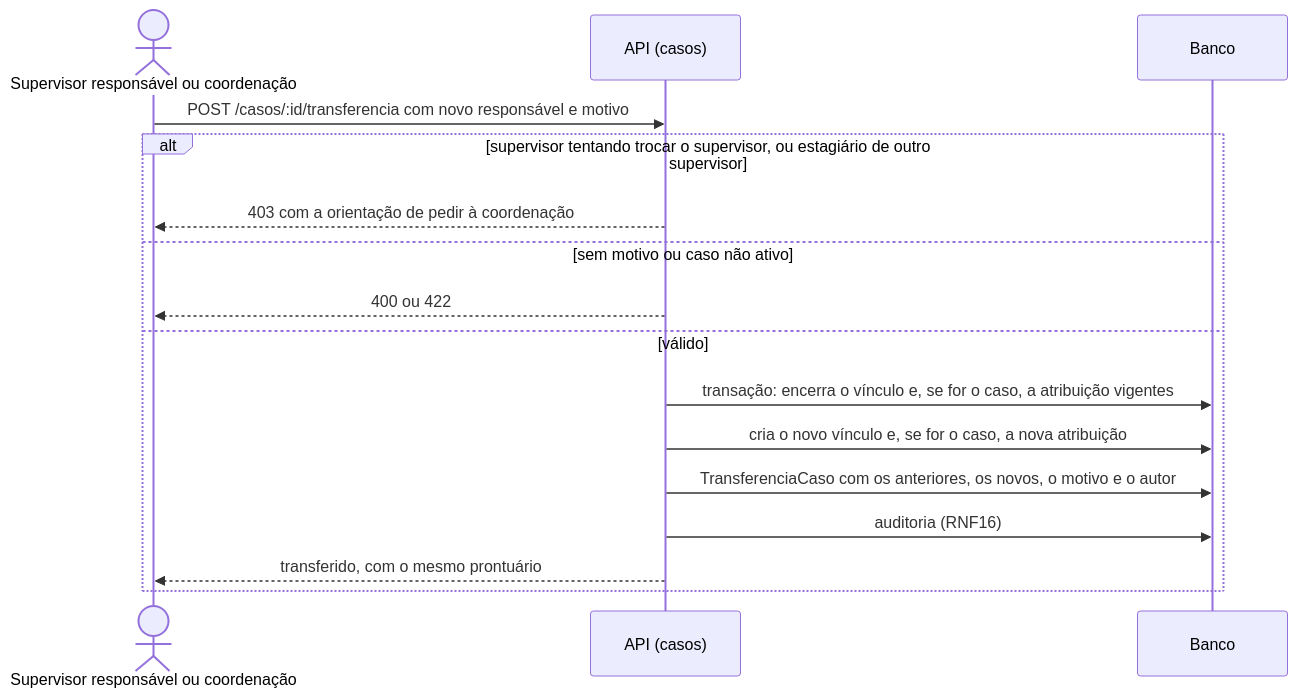
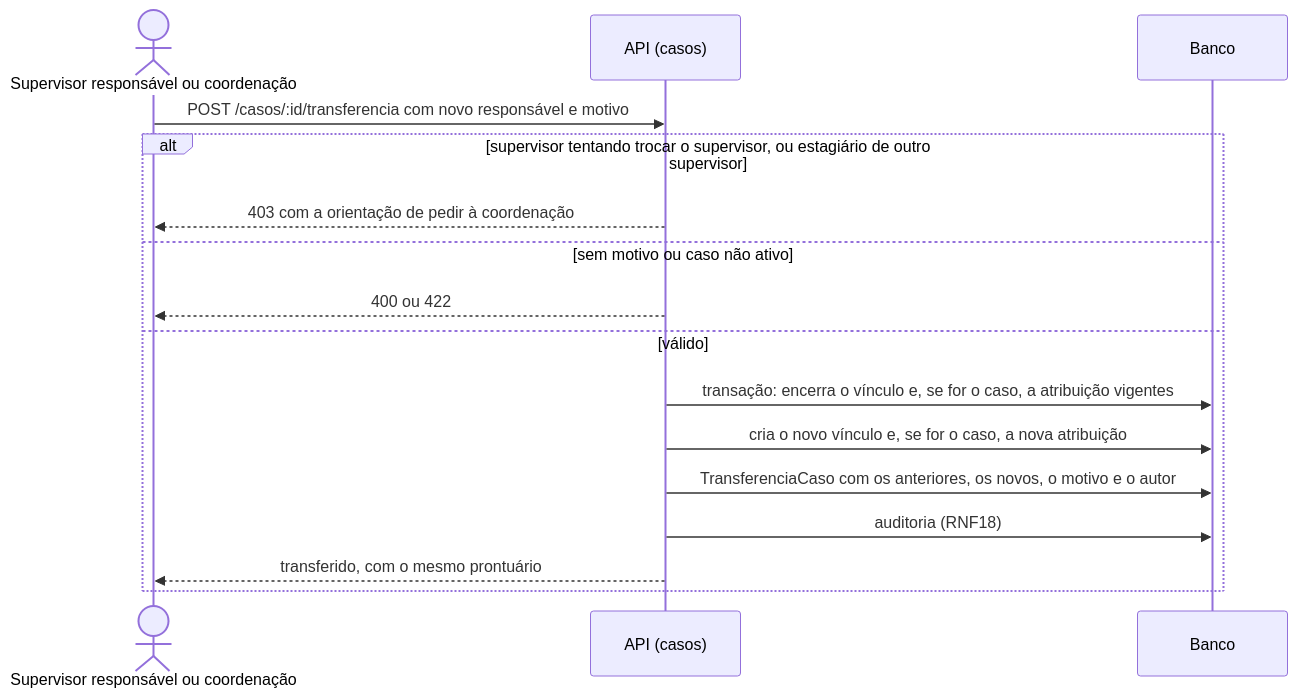
One commit to mdsreq-fga-unb/REQ-2026.2-T02-ClinicaEscolaFBr changed diagram 22 of 37 in documentacao/docs/construcao/projeto-features.md. Above: the diagram before and after it, drawn with Mermaid. The commit also changed other lines of this file and 31 other files, not shown here.

````diff
--- a/documentacao/docs/construcao/projeto-features.md
+++ b/documentacao/docs/construcao/projeto-features.md
@@ -990,18 +990,18 @@
 ```mermaid
 sequenceDiagram
     actor U as Supervisor responsável ou coordenação
     participant A as API (casos)
     participant DB as Banco
     U->>A: POST /casos/:id/transferencia com novo responsável e motivo
     alt supervisor tentando trocar o supervisor, ou estagiário de outro supervisor
         A-->>U: 403 com a orientação de pedir à coordenação
     else sem motivo ou caso não ativo
         A-->>U: 400 ou 422
     else válido
         A->>DB: transação: encerra o vínculo e, se for o caso, a atribuição vigentes
         A->>DB: cria o novo vínculo e, se for o caso, a nova atribuição
         A->>DB: TransferenciaCaso com os anteriores, os novos, o motivo e o autor
-        A->>DB: auditoria (RNF16)
+        A->>DB: auditoria (RNF18)
         A-->>U: transferido, com o mesmo prontuário
     end
 ```
````
